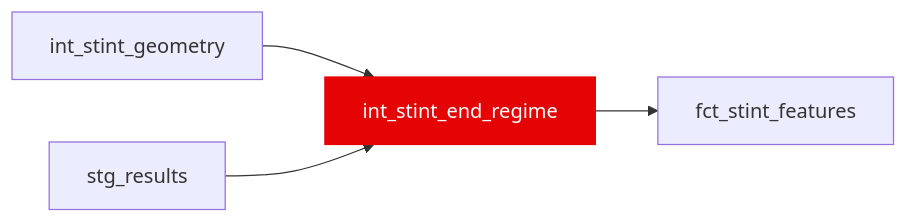
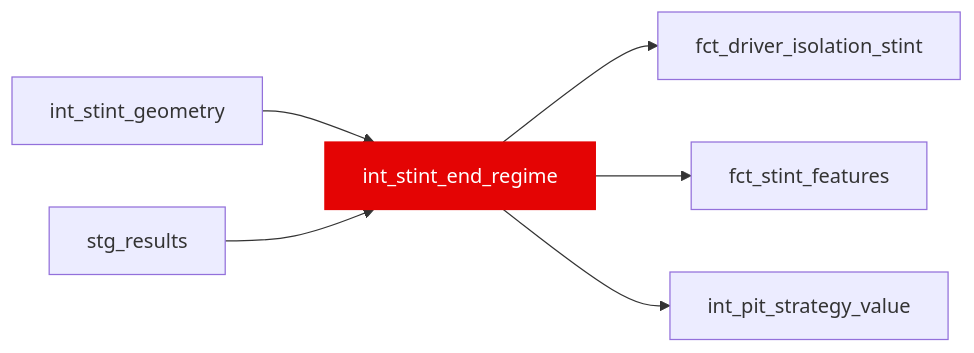
One commit to JustinClarke/off-the-pace changed the diagram in docs/reference/models/int/int_stint_end_regime.mdx. Above: the diagram before and after it, drawn with Mermaid. The commit also changed other lines of this file and 79 other files, not shown here.

````diff
--- a/docs/reference/models/int/int_stint_end_regime.mdx
+++ b/docs/reference/models/int/int_stint_end_regime.mdx
@@ -15,7 +15,9 @@
 ```mermaid
 flowchart LR
   int_stint_geometry --> int_stint_end_regime
   stg_results --> int_stint_end_regime
+  int_stint_end_regime --> fct_driver_isolation_stint
   int_stint_end_regime --> fct_stint_features
+  int_stint_end_regime --> int_pit_strategy_value
   style int_stint_end_regime fill:#e40404,stroke:#e40404,color:#fff
 ```
````
